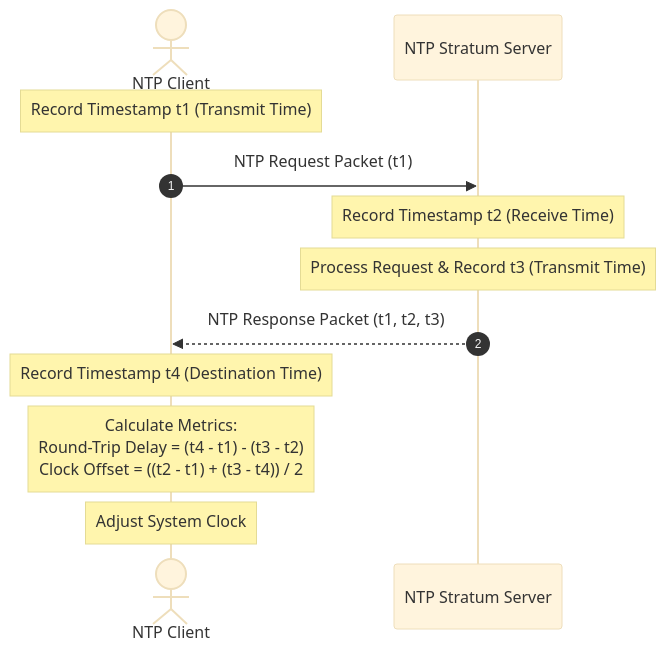
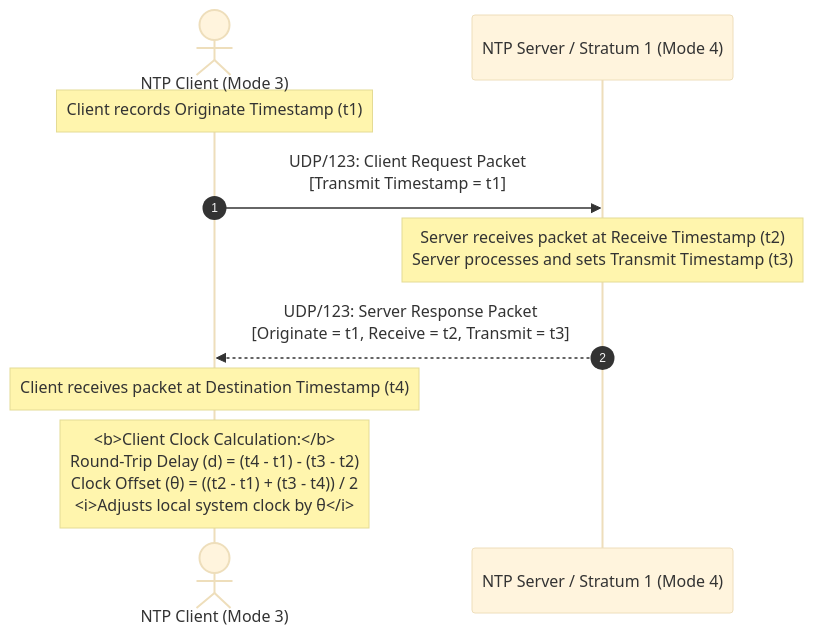
One commit to guidcruncher/astrolabed changed the fourth of 4 diagrams in docs/architecture.md. Above: the diagram before and after it, drawn with Mermaid (base theme). The commit also changed other lines of this file, not shown here.

````diff
--- a/docs/architecture.md
+++ b/docs/architecture.md
@@ -153,18 +140,16 @@
 ```mermaid
 sequenceDiagram
     autonumber
-    actor Client as NTP Client
-    participant Server as NTP Stratum Server
+    actor Client as NTP Client (Mode 3)
+    participant Server as NTP Server / Stratum 1 (Mode 4)
 
-    Note over Client: Record Timestamp t1 (Transmit Time)
-    Client->>Server: NTP Request Packet (t1)
-    
-    Note over Server: Record Timestamp t2 (Receive Time)
-    Note over Server: Process Request & Record t3 (Transmit Time)
-    Server-->>Client: NTP Response Packet (t1, t2, t3)
-    
-    Note over Client: Record Timestamp t4 (Destination Time)
-    
-    Note over Client: Calculate Metrics:<br/>Round-Trip Delay = (t4 - t1) - (t3 - t2)<br/>Clock Offset = ((t2 - t1) + (t3 - t4)) / 2
-    Note over Client: Adjust System Clock
+    Note over Client: Client records Originate Timestamp (t1)
+    Client->>Server: UDP/123: Client Request Packet<br/>[Transmit Timestamp = t1]
+
+    Note over Server: Server receives packet at Receive Timestamp (t2)<br/>Server processes and sets Transmit Timestamp (t3)
+    Server-->>Client: UDP/123: Server Response Packet<br/>[Originate = t1, Receive = t2, Transmit = t3]
+
+    Note over Client: Client receives packet at Destination Timestamp (t4)
+
+    Note over Client: <b>Client Clock Calculation:</b><br/>Round-Trip Delay (d) = (t4 - t1) - (t3 - t2)<br/>Clock Offset (θ) = ((t2 - t1) + (t3 - t4)) / 2<br/><i>Adjusts local system clock by θ</i>
 ```
````
